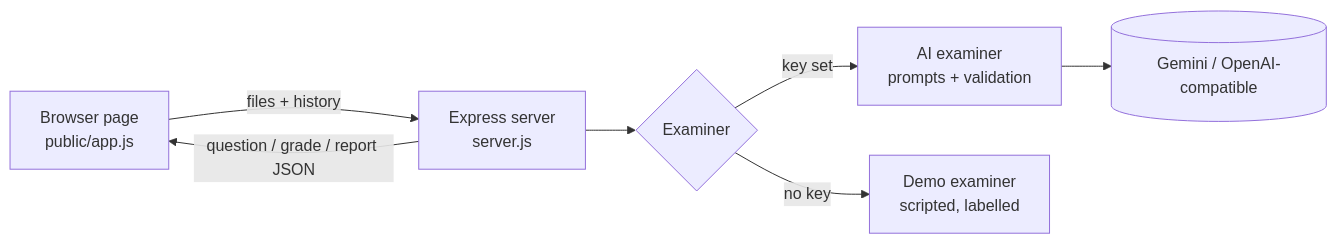
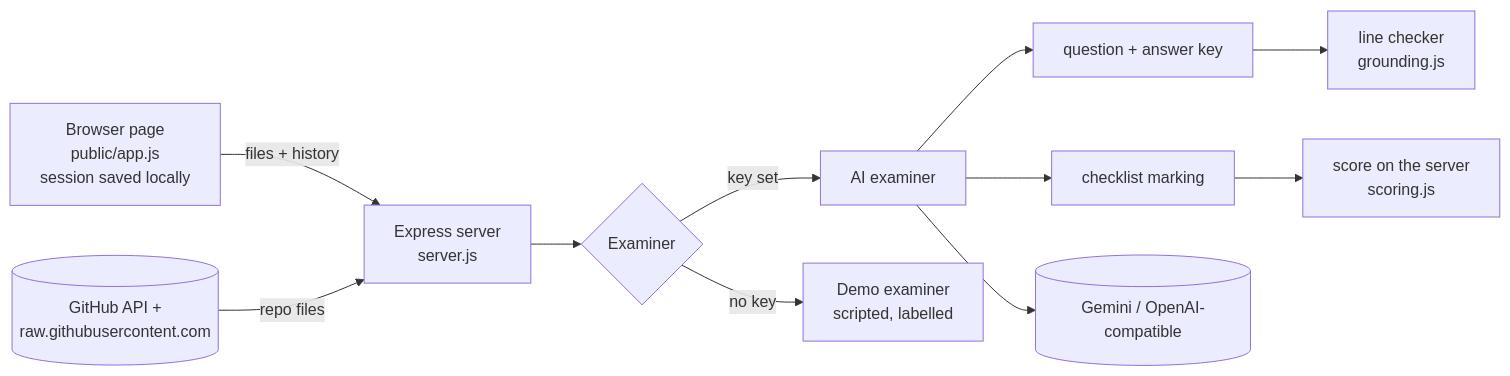
One commit to Nafis8709/codeviva changed the diagram in README.md. Above: the diagram before and after it, drawn with Mermaid. The commit also changed other lines of this file and 4 other files, not shown here.

````diff
--- a/README.md
+++ b/README.md
@@ -64,9 +58,11 @@
 ```mermaid
 flowchart LR
-  A[Browser page<br/>public/app.js] -- files + history --> B[Express server<br/>server.js]
+  A[Browser page<br/>public/app.js<br/>session saved locally] -- files + history --> B[Express server<br/>server.js]
+  G[(GitHub API +<br/>raw.githubusercontent.com)] -- repo files --> B
   B --> C{Examiner}
-  C -- key set --> D[AI examiner<br/>prompts + validation]
+  C -- key set --> D[AI examiner]
+  D --> Q[question + answer key] --> L[line checker<br/>grounding.js]
+  D --> M[checklist marking] --> S[score on the server<br/>scoring.js]
   D --> E[(Gemini / OpenAI-compatible)]
   C -- no key --> F[Demo examiner<br/>scripted, labelled]
-  B -- question / grade / report JSON --> A
 ```
````
